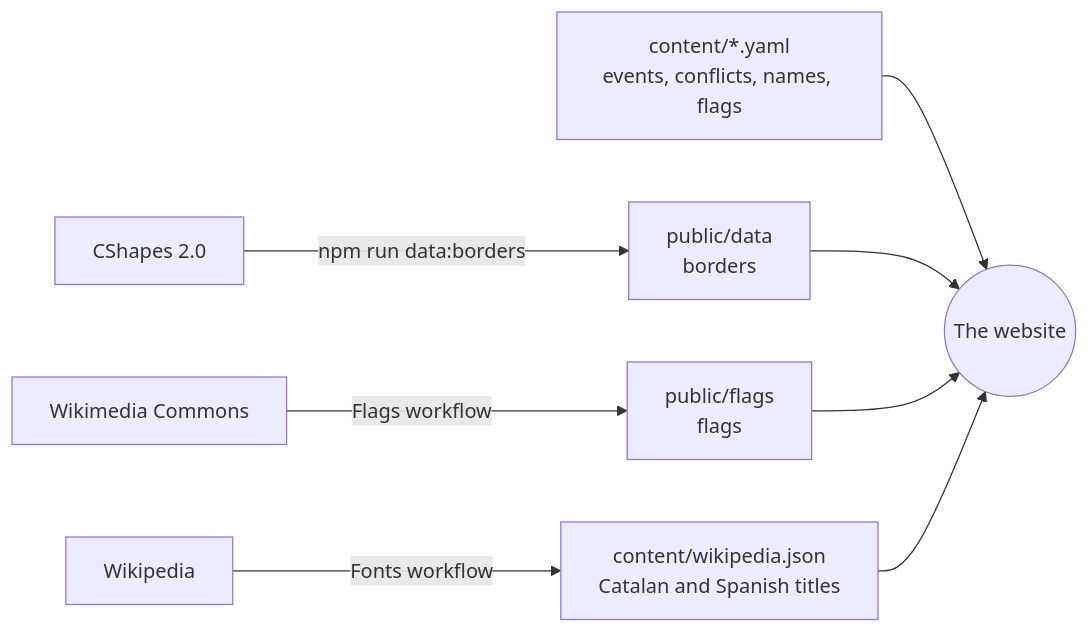
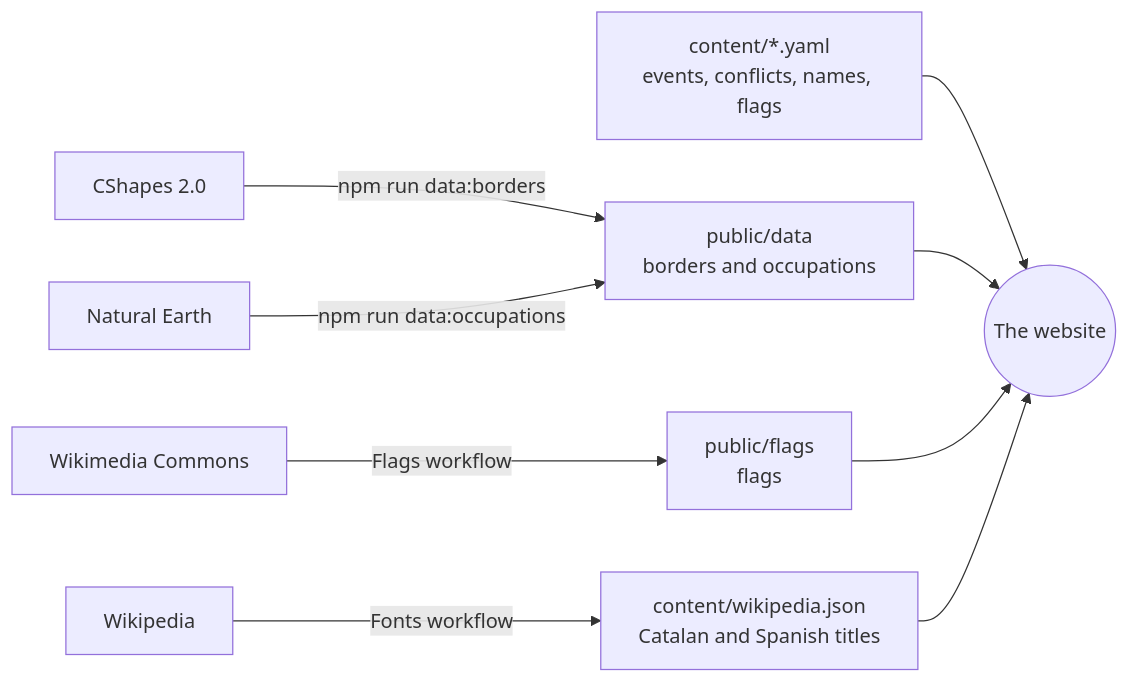
One commit to ArnauM13/history-map changed the diagram in README.en.md. Above: the diagram before and after it, drawn with Mermaid. The commit also changed other lines of this file and 67 other files, not shown here.

````diff
--- a/README.en.md
+++ b/README.en.md
@@ -97,10 +99,11 @@
 ```mermaid
 flowchart LR
-  cshapes["CShapes 2.0"] -- "npm run data:borders" --> data["public/data<br/>borders"]
+  cshapes["CShapes 2.0"] -- "npm run data:borders" --> data["public/data<br/>borders and occupations"]
+  ne["Natural Earth"] -- "npm run data:occupations" --> data
   commons["Wikimedia Commons"] -- "Flags workflow" --> flags["public/flags<br/>flags"]
   wiki["Wikipedia"] -- "Fonts workflow" --> titles["content/wikipedia.json<br/>Catalan and Spanish titles"]
   yaml["content/*.yaml<br/>events, conflicts, names, flags"] --> app(("The website"))
   data --> app
   flags --> app
   titles --> app
 ```
````
